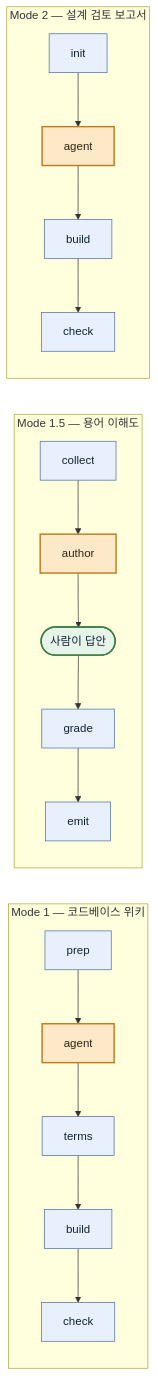
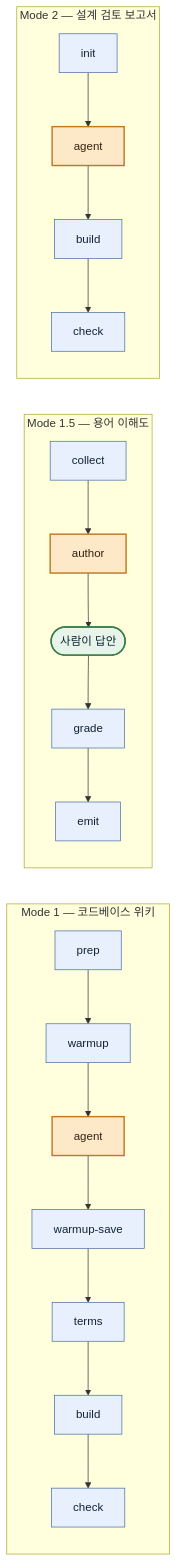
Before and after one commit to DogGuyMan/Agent-Report-Build-Pipeline: the second of 5 diagrams in ARCHITECTURE.md, drawn with Mermaid. The commit also changed other lines of this file and 1 other file, not shown here.

Commit message:
[docs] : mode1 - 나침반과 아키텍처에 warmup 두 관문 반영, 낡은 인용 10곳 정정

````diff
--- a/ARCHITECTURE.md
+++ b/ARCHITECTURE.md
@@ -95,18 +95,18 @@
 ```mermaid
 flowchart LR
   subgraph M1["Mode 1 — 코드베이스 위키"]
-    P1["prep"] --> A1["agent"] --> T1["terms"] --> B1["build"] --> C1["check"]
+    P1["prep"] --> W1["warmup"] --> A1["agent"] --> S1["warmup-save"] --> T1["terms"] --> B1["build"] --> C1["check"]
   end
   subgraph M15["Mode 1.5 — 용어 이해도"]
     CO["collect"] --> AU["author"] --> H(["사람이 답안"]) --> GR["grade"] --> EM["emit"]
   end
   subgraph M2["Mode 2 — 설계 검토 보고서"]
     I2["init"] --> A2["agent"] --> B2["build"] --> C2["check"]
   end
   classDef machine fill:#e8f0fe,stroke:#4a6fa5,color:#123
   classDef llm fill:#fde8c8,stroke:#c07a1e,color:#321,stroke-width:2px
   classDef human fill:#e6f4ea,stroke:#3a7d44,color:#123,stroke-width:2px
-  class P1,T1,B1,C1,CO,GR,EM,I2,B2,C2 machine
+  class P1,W1,S1,T1,B1,C1,CO,GR,EM,I2,B2,C2 machine
   class A1,AU,A2 llm
   class H human
 ```
````
